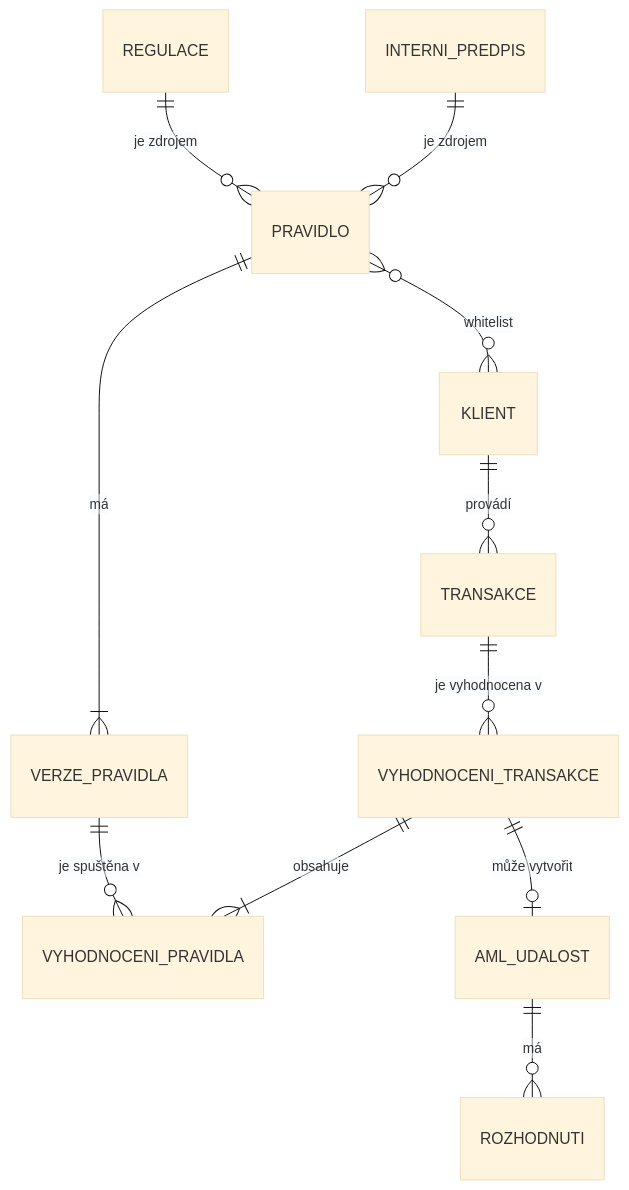
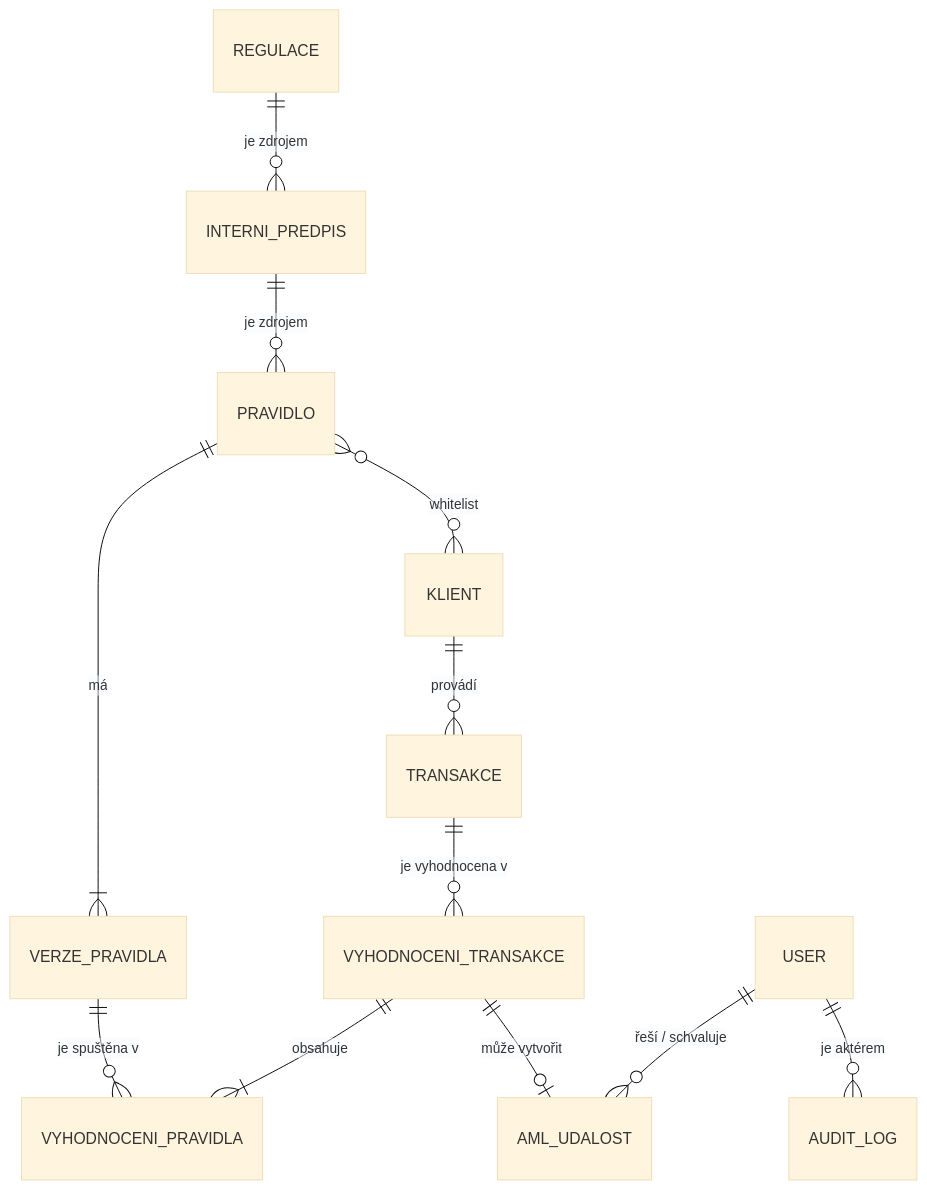
Before and after one commit to jiri-vyc/red-flag-monitoring: the diagram in spec/spec.md, drawn with Mermaid (base theme). The commit also changed other lines of this file, not shown here.

````diff
--- a/spec/spec.md
+++ b/spec/spec.md
@@ -43,13 +49,14 @@
 ```mermaid
 erDiagram
-    REGULACE ||--o{ PRAVIDLO : "je zdrojem"
+    REGULACE ||--o{ INTERNI_PREDPIS : "je zdrojem"
     INTERNI_PREDPIS ||--o{ PRAVIDLO : "je zdrojem"
     PRAVIDLO ||--|{ VERZE_PRAVIDLA : "má"
     PRAVIDLO }o--o{ KLIENT : "whitelist"
     KLIENT ||--o{ TRANSAKCE : "provádí"
     TRANSAKCE ||--o{ VYHODNOCENI_TRANSAKCE : "je vyhodnocena v"
     VYHODNOCENI_TRANSAKCE ||--|{ VYHODNOCENI_PRAVIDLA : "obsahuje"
     VERZE_PRAVIDLA ||--o{ VYHODNOCENI_PRAVIDLA : "je spuštěna v"
     VYHODNOCENI_TRANSAKCE ||--o| AML_UDALOST : "může vytvořit"
-    AML_UDALOST ||--o{ ROZHODNUTI : "má"
+    USER ||--o{ AML_UDALOST : "řeší / schvaluje"
+    USER ||--o{ AUDIT_LOG : "je aktérem"
 ```
````
